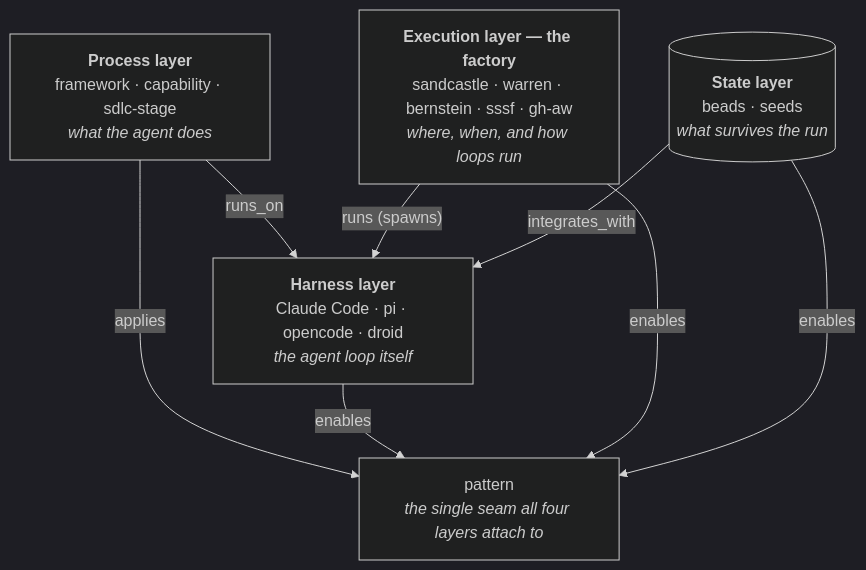
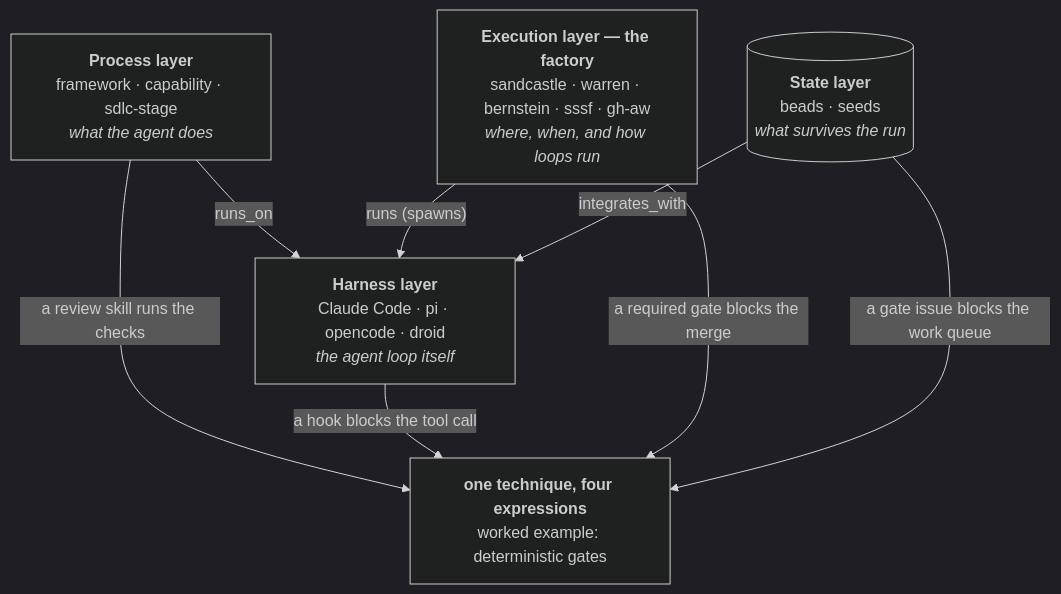
The first of 2 diagrams in wiki/topic/topic-software-factory.md (pmackay/sdlc-wiki), drawn with Mermaid (dark theme) before and after one commit. The commit also changed other lines of this file, not shown here.

Commit message:
docs: concretize the four-layer diagram's pattern seam

````diff
--- a/wiki/topic/topic-software-factory.md
+++ b/wiki/topic/topic-software-factory.md
@@ -26,15 +26,15 @@
 ```mermaid
 flowchart TB
     P["<b>Process layer</b><br/>framework · capability · sdlc-stage<br/><i>what the agent does</i>"]
     H["<b>Harness layer</b><br/>Claude Code · pi · opencode · droid<br/><i>the agent loop itself</i>"]
     R["<b>Execution layer — the factory</b><br/>sandcastle · warren · bernstein · sssf · gh-aw<br/><i>where, when, and how loops run</i>"]
     S[("<b>State layer</b><br/>beads · seeds<br/><i>what survives the run</i>")]
-    PAT["pattern<br/><i>the single seam all four layers attach to</i>"]
+    PAT["<b>one technique, four expressions</b><br/>worked example: deterministic gates"]
     P -- "runs_on" --> H
     R -- "runs (spawns)" --> H
     S -- "integrates_with" --> H
-    P -- "applies" --> PAT
-    H -- "enables" --> PAT
-    R -- "enables" --> PAT
-    S -- "enables" --> PAT
+    P -- "a review skill runs the checks" --> PAT
+    H -- "a hook blocks the tool call" --> PAT
+    R -- "a required gate blocks the merge" --> PAT
+    S -- "a gate issue blocks the work queue" --> PAT
 ```
````
